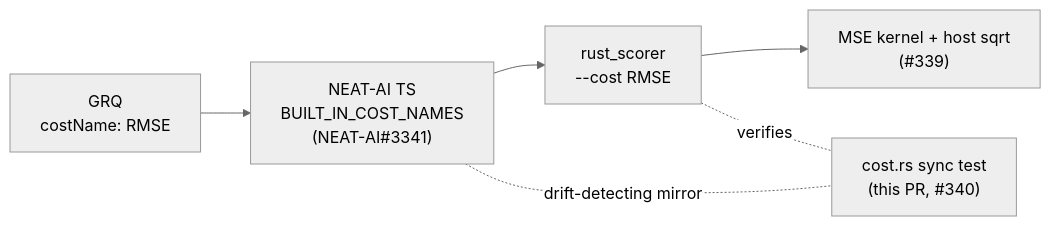
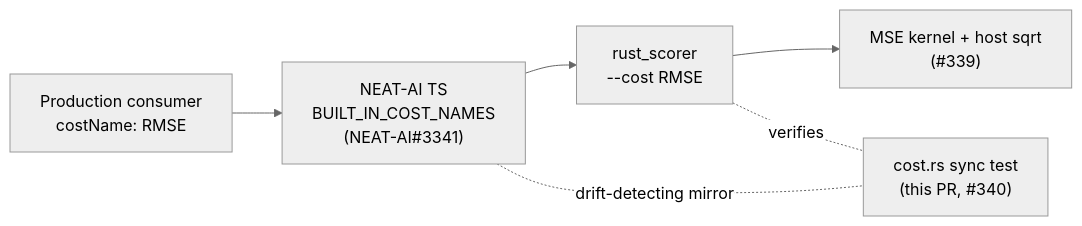
One commit to stSoftwareAU/NEAT-AI-scorer changed the diagram in docs/archive/pr-summaries/pr-summary-340.md. Above: the diagram before and after it, drawn with Mermaid (neutral theme). The commit also changed other lines of this file and 44 other files, not shown here.

````diff
--- a/docs/archive/pr-summaries/pr-summary-340.md
+++ b/docs/archive/pr-summaries/pr-summary-340.md
@@ -54,8 +54,8 @@
 ```mermaid
 flowchart LR
-    A["GRQ<br/>costName: RMSE"] --> B["NEAT-AI TS<br/>BUILT_IN_COST_NAMES<br/>(NEAT-AI#3341)"]
+    A["Production consumer<br/>costName: RMSE"] --> B["NEAT-AI TS<br/>BUILT_IN_COST_NAMES<br/>(NEAT-AI#3341)"]
     B --> C["rust_scorer<br/>--cost RMSE"]
     C --> D["MSE kernel + host sqrt<br/>(#339)"]
     B -. "drift-detecting mirror" .- E["cost.rs sync test<br/>(this PR, #340)"]
     C -. "verifies" .- E
 ```
````
